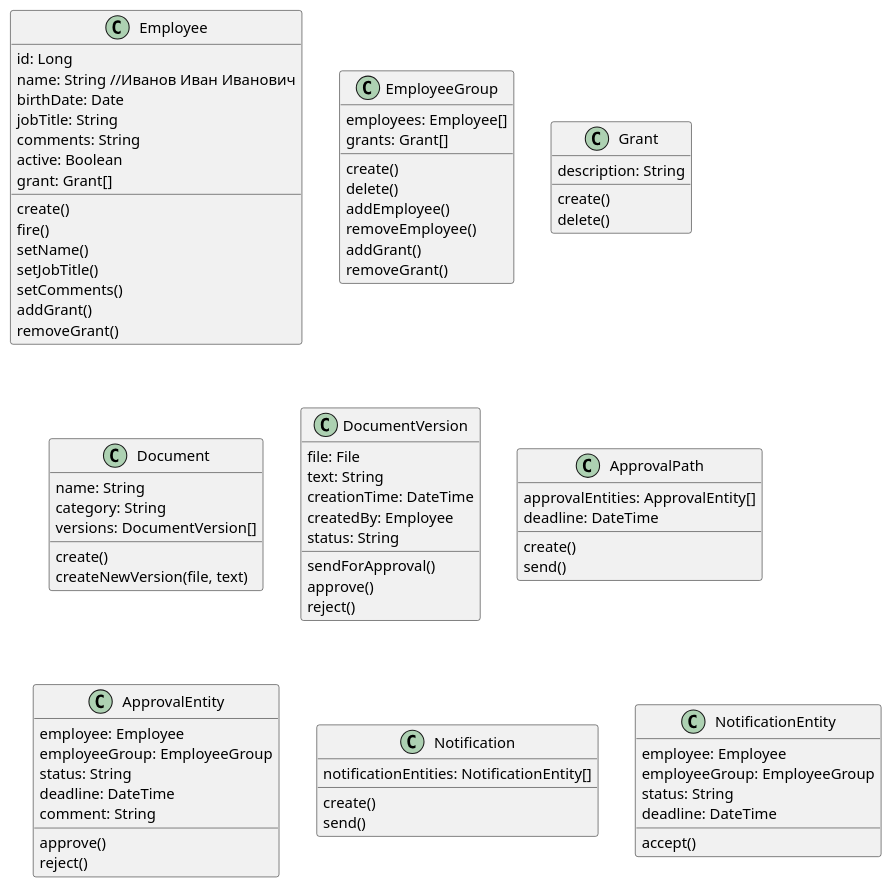
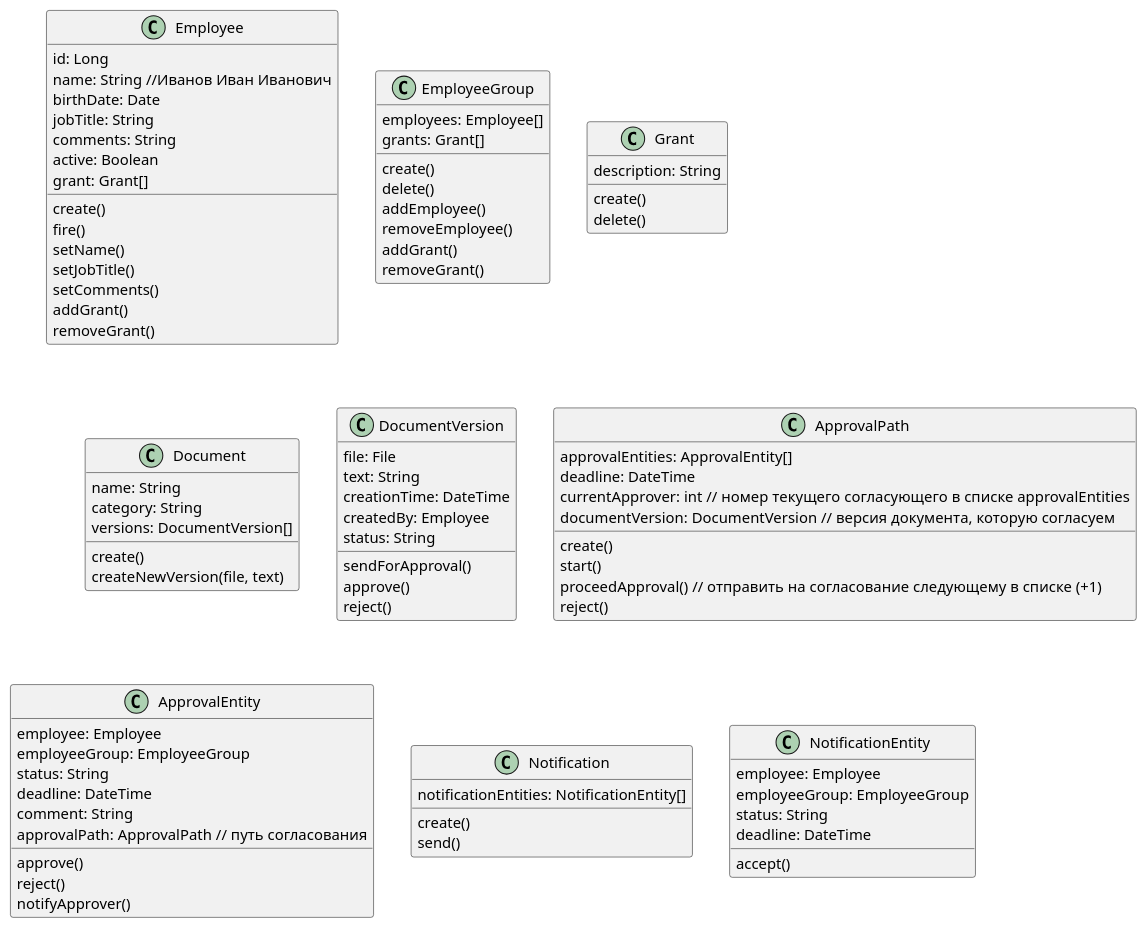
One commit to bmstr-ru/matreshka-erp changed the diagram in documents/Class diagram.puml. Above: the diagram before and after it, drawn with PlantUML.

Commit message:
Add more documentation

```diff
--- a/documents/Class diagram.puml
+++ b/documents/Class diagram.puml
@@ -1,94 +1,100 @@
 @startuml
 class Employee {
     id: Long
     name: String //Иванов Иван Иванович
     birthDate: Date
     jobTitle: String
     comments: String
     active: Boolean
     grant: Grant[]
 
     create()
     fire()
     setName()
     setJobTitle()
     setComments()
     addGrant()
     removeGrant()
 }
 
 class EmployeeGroup {
     employees: Employee[]
     grants: Grant[]
 
     create()
     delete()
     addEmployee()
     removeEmployee()
     addGrant()
     removeGrant()
 }
 
 class Grant {
     description: String
 
     create()
     delete()
 }
 
 class Document {
     name: String
     category: String
     versions: DocumentVersion[]
 
     create()
     createNewVersion(file, text)
 }
 
 class DocumentVersion {
     file: File
     text: String
     creationTime: DateTime
     createdBy: Employee
     status: String
 
     sendForApproval()
     approve()
     reject()
 }
 
 class ApprovalPath {
     approvalEntities: ApprovalEntity[]
     deadline: DateTime
+    currentApprover: int // номер текущего согласующего в списке approvalEntities
+    documentVersion: DocumentVersion // версия документа, которую согласуем
 
     create()
-    send()
+    start()
+    proceedApproval() // отправить на согласование следующему в списке (+1)
+    reject()
 }
 
 class ApprovalEntity {
     employee: Employee
     employeeGroup: EmployeeGroup
     status: String
     deadline: DateTime
     comment: String
+    approvalPath: ApprovalPath // путь согласования
 
     approve()
     reject()
+    notifyApprover()
 }
 
 class Notification {
     notificationEntities: NotificationEntity[]
 
     create()
     send()
 }
 
 class NotificationEntity {
     employee: Employee
     employeeGroup: EmployeeGroup
     status: String
     deadline: DateTime
 
     accept()
 }
 @enduml
```
